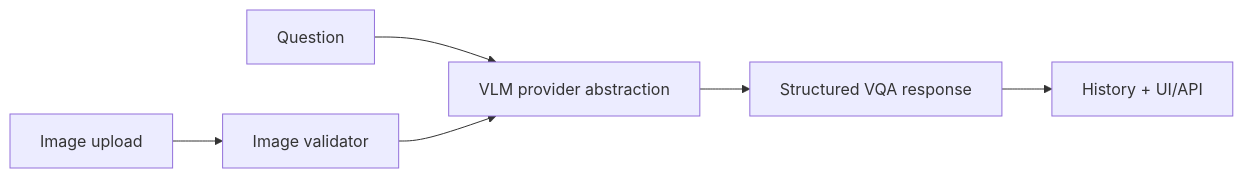
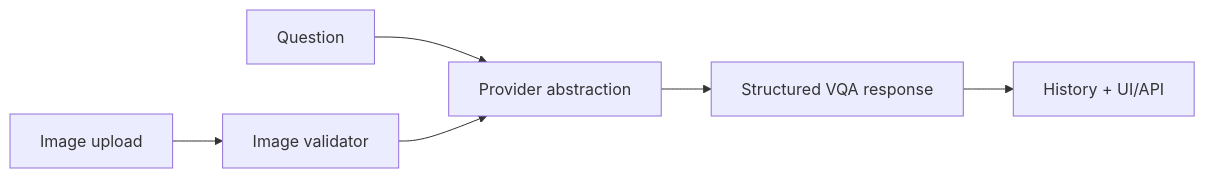
The diagram in projects/multimodal-vlm-visual-qa/README.md (josiahsutd-stack/ai-portfolio), drawn with Mermaid before and after one commit. The commit also changed other lines of this file and 85 other files, not shown here.

````diff
--- a/projects/multimodal-vlm-visual-qa/README.md
+++ b/projects/multimodal-vlm-visual-qa/README.md
@@ -39,8 +45,8 @@
 ```mermaid
 flowchart LR
   A["Image upload"] --> B["Image validator"]
-  Q["Question"] --> C["VLM provider abstraction"]
+  Q["Question"] --> C["Provider abstraction"]
   B --> C
   C --> D["Structured VQA response"]
   D --> E["History + UI/API"]
 ```
````
